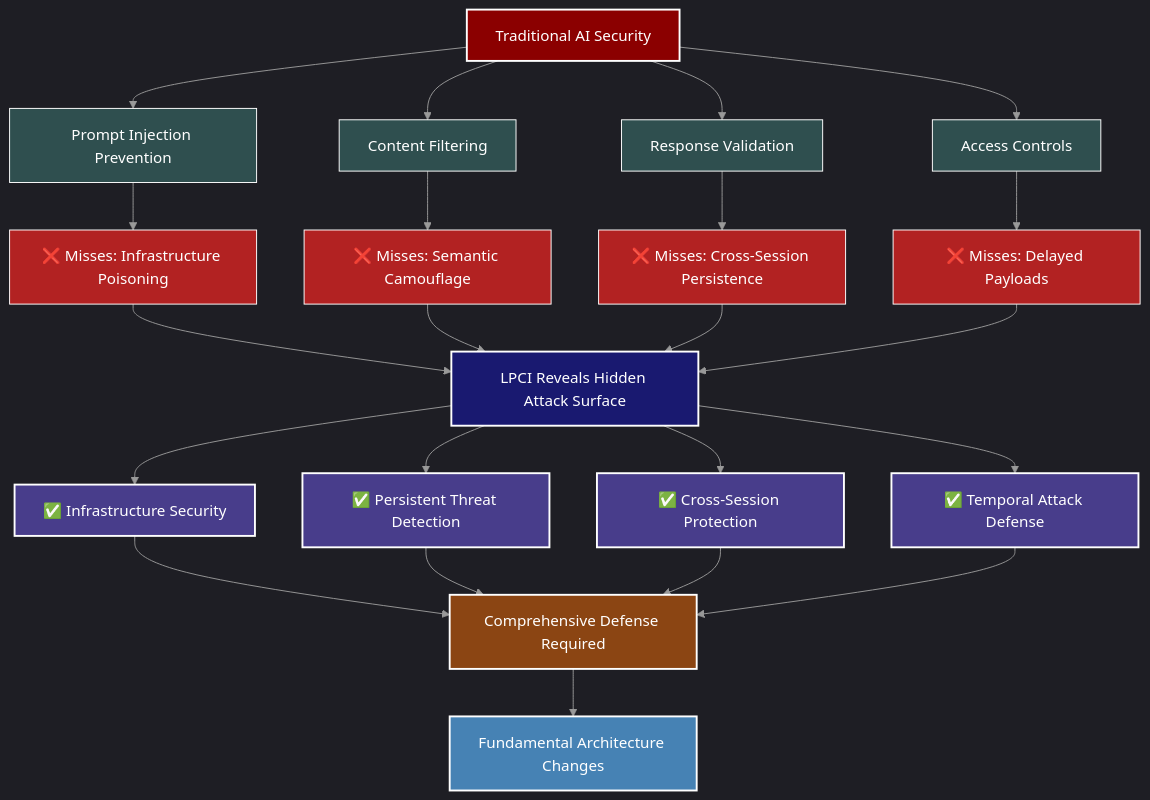
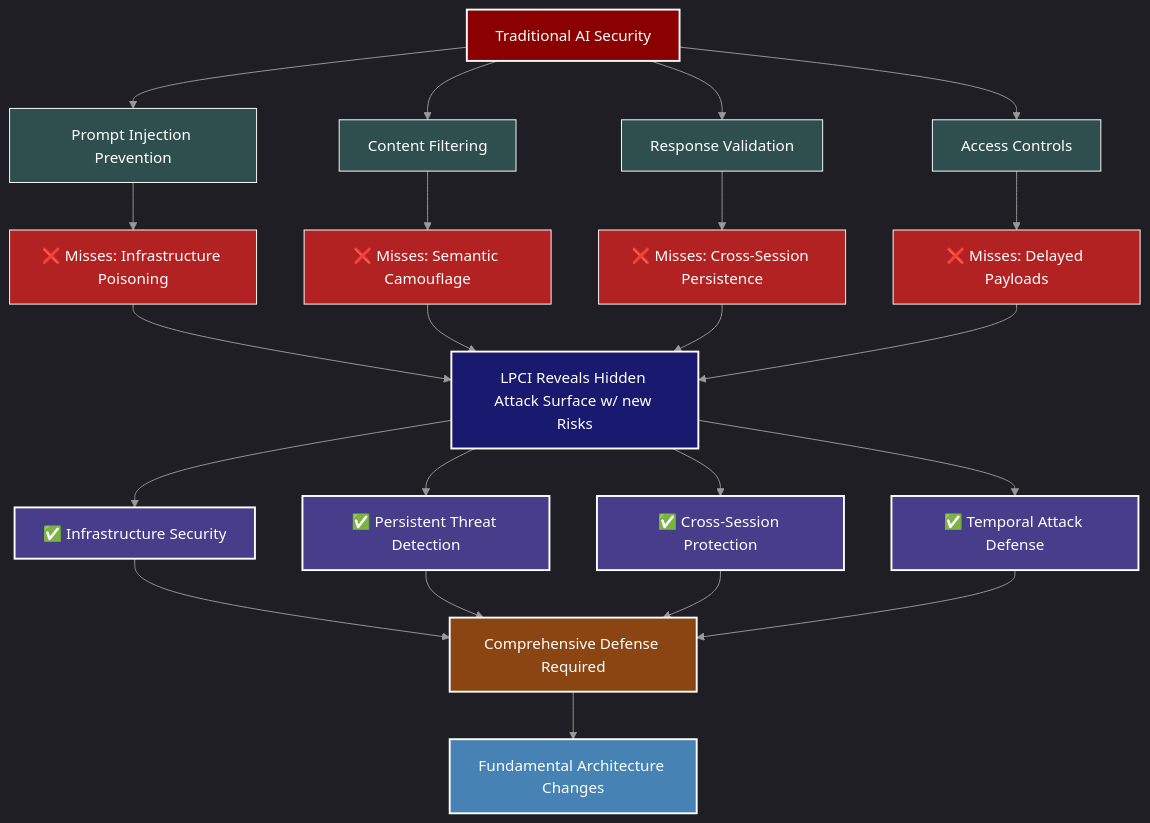
One commit to mbhatt1/agentic_lpci_framework changed the first of 2 diagrams in README.md. Above: the diagram before and after it, drawn with Mermaid.

````diff
--- a/README.md
+++ b/README.md
@@ -53,64 +53,64 @@
 ```mermaid
 %%{init: {
   'theme': 'dark',
   'themeVariables': {
     'darkMode': true,
     'primaryColor': '#1a1a1a',
     'primaryTextColor': '#ffffff',
     'primaryBorderColor': '#3a3a3a',
     'lineColor': '#999999',
     'secondaryColor': '#2a2a2a',
     'tertiaryColor': '#333333',
     'background': '#000000',
     'mainBkg': '#1a1a1a',
     'secondBkg': '#2a2a2a',
     'tertiaryBkg': '#333333'
   }
 }}%%
 flowchart TD
     A[Traditional AI Security]
     
     A --> A1[Prompt Injection Prevention]
     A --> A2[Content Filtering]
     A --> A3[Response Validation]
     A --> A4[Access Controls]
     
     A1 --> B1[❌ Misses: Infrastructure Poisoning]
     A2 --> B2[❌ Misses: Semantic Camouflage]
     A3 --> B3[❌ Misses: Cross-Session Persistence]
     A4 --> B4[❌ Misses: Delayed Payloads]
     
-    B1 --> B[LPCI Reveals Hidden Attack Surface]
+    B1 --> B[LPCI Reveals Hidden Attack Surface w/ new Risks]
     B2 --> B
     B3 --> B
     B4 --> B
     
     B --> C[✅ Infrastructure Security]
     B --> D[✅ Persistent Threat Detection]
     B --> E[✅ Cross-Session Protection]
     B --> F[✅ Temporal Attack Defense]
     
     C --> G[Comprehensive Defense Required]
     D --> G
     E --> G
     F --> G
     
     G --> H[Fundamental Architecture Changes]
     
     style A fill:#8B0000,stroke:#ffffff,stroke-width:2px,color:#ffffff
     style A1 fill:#2F4F4F,stroke:#ffffff,stroke-width:1px,color:#ffffff
     style A2 fill:#2F4F4F,stroke:#ffffff,stroke-width:1px,color:#ffffff
     style A3 fill:#2F4F4F,stroke:#ffffff,stroke-width:1px,color:#ffffff
     style A4 fill:#2F4F4F,stroke:#ffffff,stroke-width:1px,color:#ffffff
     style B1 fill:#B22222,stroke:#ffffff,stroke-width:1px,color:#ffffff
     style B2 fill:#B22222,stroke:#ffffff,stroke-width:1px,color:#ffffff
     style B3 fill:#B22222,stroke:#ffffff,stroke-width:1px,color:#ffffff
     style B4 fill:#B22222,stroke:#ffffff,stroke-width:1px,color:#ffffff
     style B fill:#191970,stroke:#ffffff,stroke-width:2px,color:#ffffff
     style C fill:#483D8B,stroke:#ffffff,stroke-width:2px,color:#ffffff
     style D fill:#483D8B,stroke:#ffffff,stroke-width:2px,color:#ffffff
     style E fill:#483D8B,stroke:#ffffff,stroke-width:2px,color:#ffffff
     style F fill:#483D8B,stroke:#ffffff,stroke-width:2px,color:#ffffff
     style G fill:#8B4513,stroke:#ffffff,stroke-width:2px,color:#ffffff
     style H fill:#4682B4,stroke:#ffffff,stroke-width:2px,color:#ffffff
 ```
````
